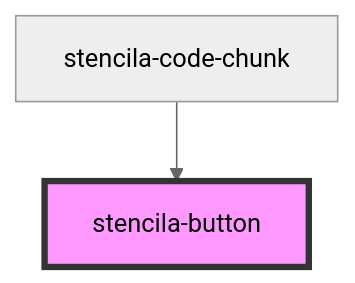
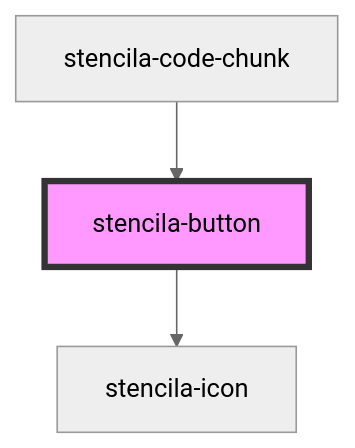
The diagram in packages/components/src/components/button/readme.md (stencila/designa), drawn with Mermaid (neutral theme) before and after one commit. The commit also changed other lines of this file and 14 other files, not shown here.

````diff
--- a/packages/components/src/components/button/readme.md
+++ b/packages/components/src/components/button/readme.md
@@ -27,5 +31,6 @@
 ```mermaid
 graph TD;
+  stencila-button --> stencila-icon
   stencila-code-chunk --> stencila-button
   style stencila-button fill:#f9f,stroke:#333,stroke-width:4px
 ```
````
